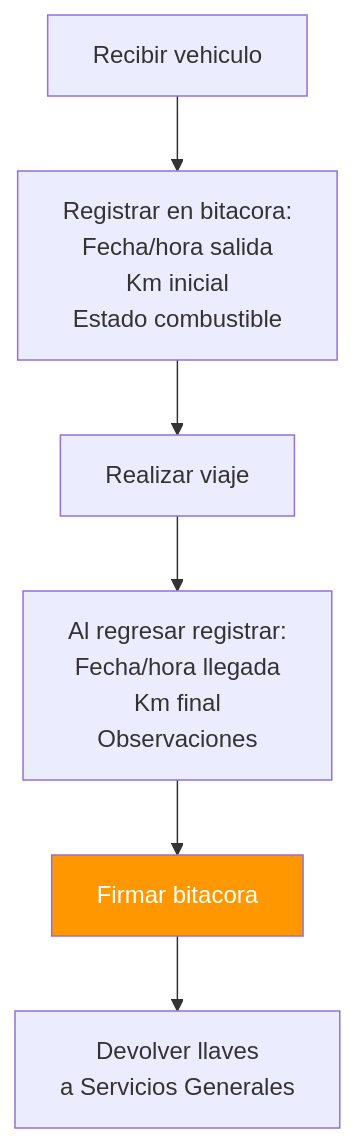
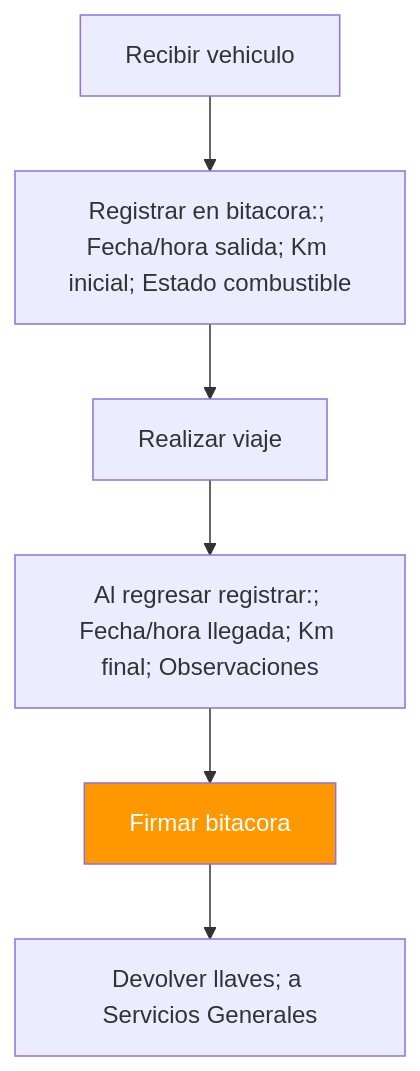
One commit to felix-antonio-sl/kora changed the fourth of 5 diagrams in KNOWLEDGE/gn/kb/manual-flota-servicios-generales.md. Above: the diagram before and after it, drawn with Mermaid. The commit also changed other lines of this file and 1034 other files, not shown here.

````diff
--- a/KNOWLEDGE/gn/kb/manual-flota-servicios-generales.md
+++ b/KNOWLEDGE/gn/kb/manual-flota-servicios-generales.md
@@ -265,10 +274,10 @@
 ```mermaid
 flowchart TD
-    A["Recibir vehiculo"] --> B["Registrar en bitacora:<br/>Fecha/hora salida<br/>Km inicial<br/>Estado combustible"]
-    B --> C["Realizar viaje"]
-    C --> D["Al regresar registrar:<br/>Fecha/hora llegada<br/>Km final<br/>Observaciones"]
-    D --> E["Firmar bitacora"]
-    E --> F["Devolver llaves<br/>a Servicios Generales"]
+ A["Recibir vehiculo"] --> B["Registrar en bitacora:; Fecha/hora salida; Km inicial; Estado combustible"]
+ B --> C["Realizar viaje"]
+ C --> D["Al regresar registrar:; Fecha/hora llegada; Km final; Observaciones"]
+ D --> E["Firmar bitacora"]
+ E --> F["Devolver llaves; a Servicios Generales"]
 
-    style E fill:#FF9800,color:#fff
+ style E fill:#FF9800,color:#fff
 ```
````
